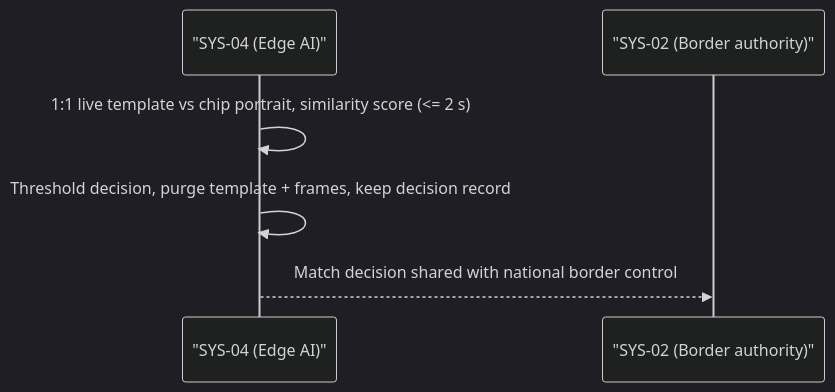
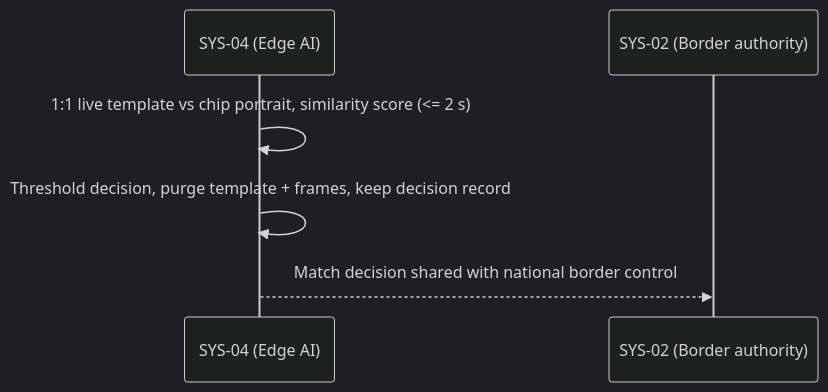
The fourth of 21 diagrams in 02_CASES/Case_02_SecureBorder_Solutions/03_PHASE3_DECOMPOSITION/annexes/B_Sequence_Diagrams.md (pauloribeiro16/Methodology_compact), drawn with Mermaid (dark theme) before and after one commit. The commit also changed other lines of this file and 5 other files, not shown here.

Commit message:
[EXECUTOR] uc-catalogues: embed UC diagram gallery + inline sequence diagrams — Case_01/02/03

````diff
--- a/02_CASES/Case_02_SecureBorder_Solutions/03_PHASE3_DECOMPOSITION/annexes/B_Sequence_Diagrams.md
+++ b/02_CASES/Case_02_SecureBorder_Solutions/03_PHASE3_DECOMPOSITION/annexes/B_Sequence_Diagrams.md
@@ -70,8 +67,8 @@
 ```mermaid
 sequenceDiagram
-    participant KIOSK as "SYS-04 (Edge AI)"
-    participant AUTH as "SYS-02 (Border authority)"
+    participant KIOSK as SYS-04 (Edge AI)
+    participant AUTH as SYS-02 (Border authority)
     KIOSK->>KIOSK: 1:1 live template vs chip portrait, similarity score (<= 2 s)
     KIOSK->>KIOSK: Threshold decision, purge template + frames, keep decision record
     KIOSK-->>AUTH: Match decision shared with national border control
 ```
````
